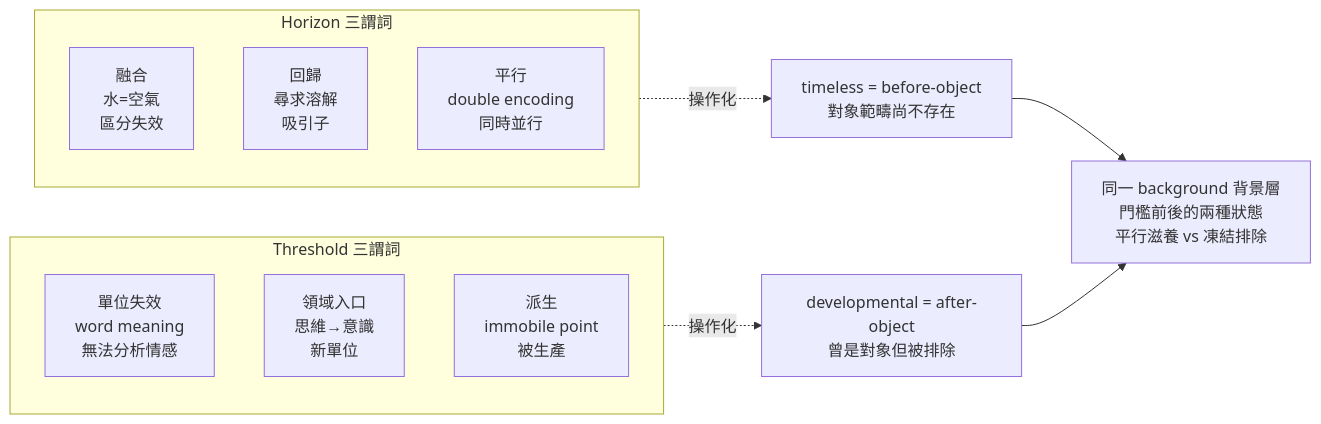
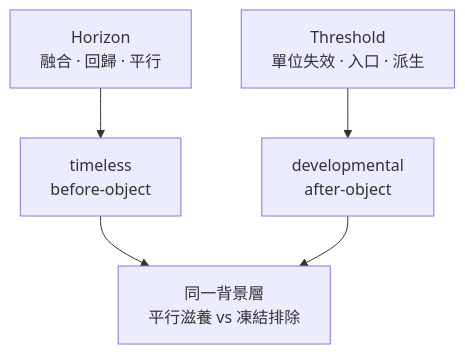
Before and after one commit to octobersayhi/vygotsky-psy: the third of 4 diagrams in docs/horizon-threshold-complementarity-paper.md, drawn with Mermaid. The commit also changed other lines of this file and 1 other file, not shown here.

Commit message:
paper+web: simplify mermaid (4 charts), add glossary with tooltips, improve citation styling, mobile polish

````diff
--- a/docs/horizon-threshold-complementarity-paper.md
+++ b/docs/horizon-threshold-complementarity-paper.md
@@ -162,16 +165,6 @@
 ```mermaid
-flowchart LR
-    subgraph Hdef["Horizon 三謂詞"]
-        H1["融合<br/>水=空氣<br/>區分失效"]
-        H2["回歸<br/>尋求溶解<br/>吸引子"]
-        H3["平行<br/>double encoding<br/>同時並行"]
-    end
-    subgraph Tdef["Threshold 三謂詞"]
-        T1["單位失效<br/>word meaning<br/>無法分析情感"]
-        T2["領域入口<br/>思維→意識<br/>新單位"]
-        T3["派生<br/>immobile point<br/>被生產"]
-    end
-    Hdef -.->|"操作化"| O1["timeless = before-object<br/>對象範疇尚不存在"]
-    Tdef -.->|"操作化"| O2["developmental = after-object<br/>曾是對象但被排除"]
-    O1 & O2 --> S["同一 background 背景層<br/>門檻前後的兩種狀態<br/>平行滋養 vs 凍結排除"]
+flowchart TB
+    H["Horizon<br/>融合 · 回歸 · 平行"] --> O1["timeless<br/>before-object"]
+    T["Threshold<br/>單位失效 · 入口 · 派生"] --> O2["developmental<br/>after-object"]
+    O1 & O2 --> S["同一背景層<br/>平行滋養 vs 凍結排除"]
 ```
````
